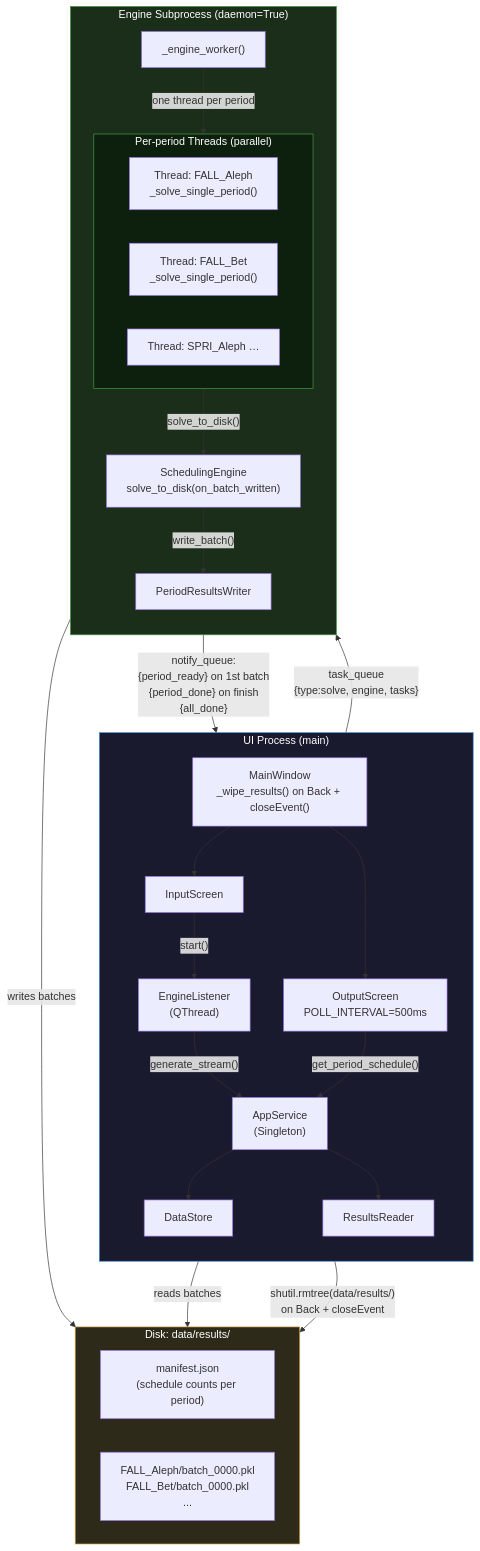
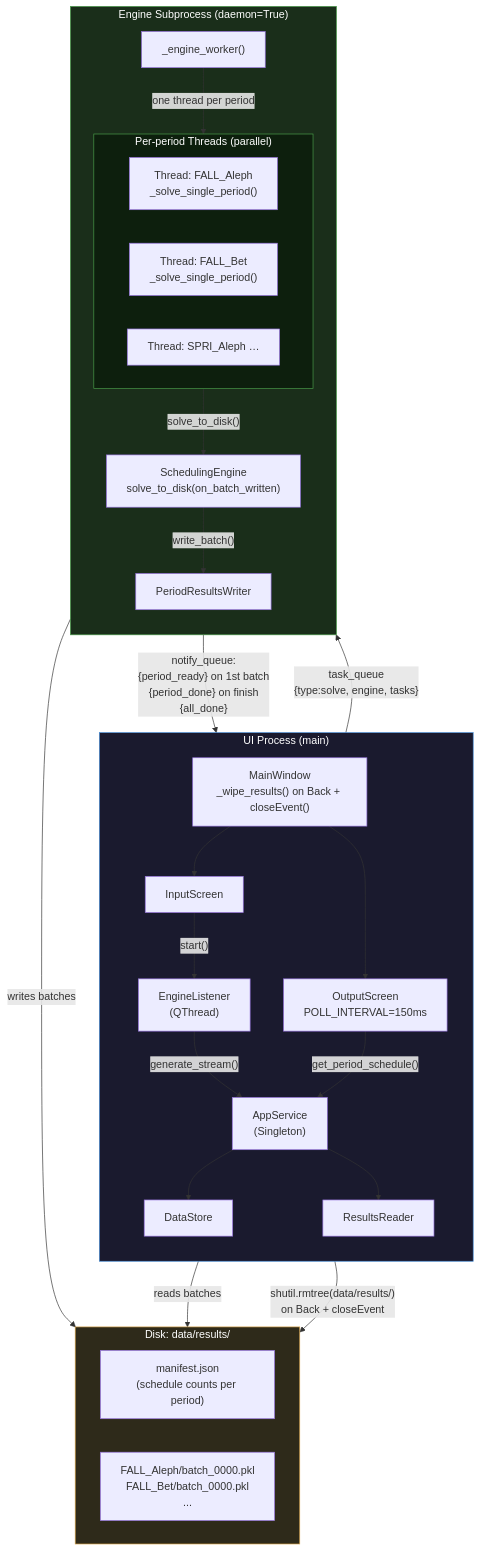
One commit to Project-SE-year-2/Project-SE-year-2 changed the diagram in docs/UML/raw files/MultiProcessArchitectureDiagram.mmd. Above: the diagram before and after it, drawn with Mermaid. The commit also changed 17 other files, not shown here.

Commit message:
Update UML diagrams and add PNG exports

```diff
--- a/docs/UML/raw files/MultiProcessArchitectureDiagram.mmd
+++ b/docs/UML/raw files/MultiProcessArchitectureDiagram.mmd
@@ -1,52 +1,52 @@
 flowchart TD
     subgraph UIProcess["UI Process (main)"]
         direction TB
         MainWindow["MainWindow\n_wipe_results() on Back + closeEvent()"]
         InputScreen["InputScreen"]
-        OutputScreen["OutputScreen\nPOLL_INTERVAL=500ms"]
+        OutputScreen["OutputScreen\nPOLL_INTERVAL=150ms"]
         EngineListener["EngineListener\n(QThread)"]
         AppService["AppService\n(Singleton)"]
         ResultsReader["ResultsReader"]
         DataStore["DataStore"]
 
         MainWindow --> InputScreen
         MainWindow --> OutputScreen
         InputScreen -->|"start()"| EngineListener
         EngineListener -->|"generate_stream()"| AppService
         AppService --> DataStore
         AppService --> ResultsReader
         OutputScreen -->|"get_period_schedule()"| AppService
     end
 
     subgraph EngineSubprocess["Engine Subprocess (daemon=True)"]
         direction TB
         EngineWorker["_engine_worker()"]
         subgraph Threads["Per-period Threads (parallel)"]
             direction LR
             T1["Thread: FALL_Aleph\n_solve_single_period()"]
             T2["Thread: FALL_Bet\n_solve_single_period()"]
             T3["Thread: SPRI_Aleph …"]
         end
         SchedulingEngine["SchedulingEngine\nsolve_to_disk(on_batch_written)"]
         PeriodResultsWriter["PeriodResultsWriter"]
 
         EngineWorker -->|"one thread per period"| Threads
         Threads -->|"solve_to_disk()"| SchedulingEngine
         SchedulingEngine -->|"write_batch()"| PeriodResultsWriter
     end
 
     subgraph DiskStorage["Disk: data/results/"]
         Manifest["manifest.json\n(schedule counts per period)"]
         Batches["FALL_Aleph/batch_0000.pkl\nFALL_Bet/batch_0000.pkl\n..."]
     end
 
     AppService -->|"task_queue\n{type:solve, engine, tasks}"| EngineSubprocess
     EngineSubprocess -->|"notify_queue:\n{period_ready} on 1st batch\n{period_done} on finish\n{all_done}"| AppService
     PeriodResultsWriter -->|"writes batches"| DiskStorage
     ResultsReader -->|"reads batches"| DiskStorage
     MainWindow -->|"shutil.rmtree(data/results/)\non Back + closeEvent"| DiskStorage
 
     style UIProcess fill:#1a1a2e,stroke:#4a90d9,color:#ffffff
     style EngineSubprocess fill:#1a2e1a,stroke:#4a9d4a,color:#ffffff
     style Threads fill:#0d1f0d,stroke:#4a9d4a,color:#ffffff
     style DiskStorage fill:#2e2a1a,stroke:#d9a44a,color:#ffffff
```
